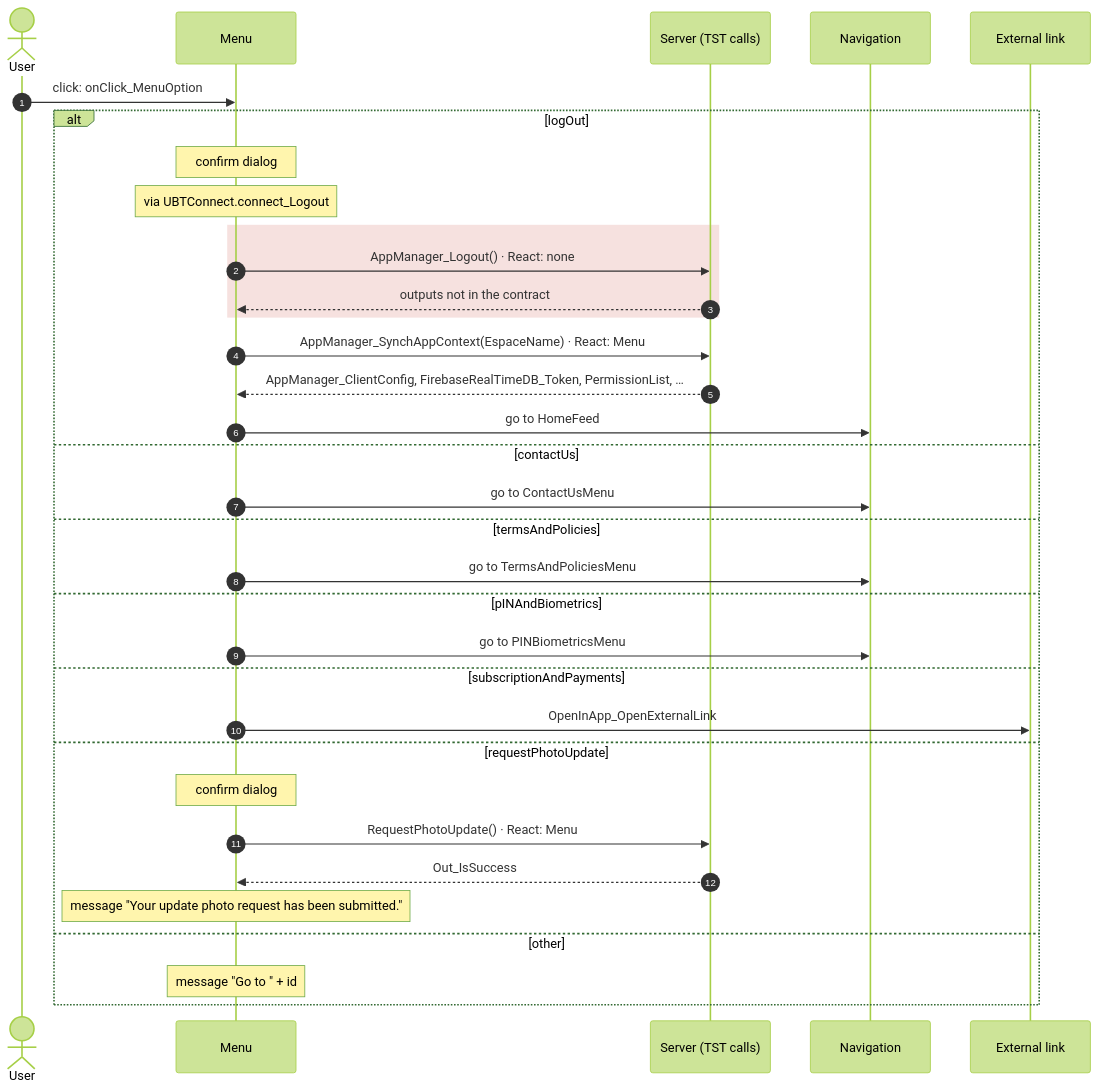
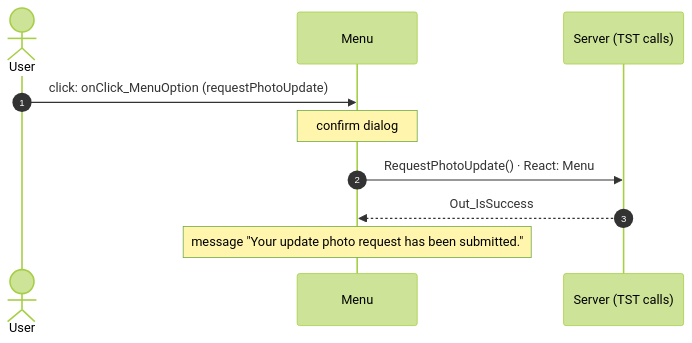
The eighth of 9 diagrams in migration/route-actions/Menu.md (Phoenix-DX/connect-new-ui), drawn with Mermaid (forest theme) before and after one commit. The commit also changed other lines of this file and 51 other files, not shown here.

Commit message:
route actions: route files keep only the route; APP_SHELL.md merges the app shell (layout, app start, bottom bar, PIN lock, shared dialogs) from the checked routes; one user action diagram per branch

````diff
--- a/migration/route-actions/Menu.md
+++ b/migration/route-actions/Menu.md
@@ -250,36 +247,12 @@
 ```mermaid
 sequenceDiagram
   autonumber
   actor U as User
   participant B as Menu
   participant S as Server (TST calls)
-  participant N as Navigation
-  participant X as External link
-  U->>B: click: onClick_MenuOption
-  alt logOut
-  Note over B: confirm dialog
-  Note over B: via UBTConnect.connect_Logout
-  rect rgba(192, 57, 43, 0.15)
-  B->>S: AppManager_Logout() · React: none
-  S-->>B: outputs not in the contract
-  end
-  B->>S: AppManager_SynchAppContext(EspaceName) · React: Menu
-  S-->>B: AppManager_ClientConfig, FirebaseRealTimeDB_Token, PermissionList, …
-  B->>N: go to HomeFeed
-  else contactUs
-  B->>N: go to ContactUsMenu
-  else termsAndPolicies
-  B->>N: go to TermsAndPoliciesMenu
-  else pINAndBiometrics
-  B->>N: go to PINBiometricsMenu
-  else subscriptionAndPayments
-  B->>X: OpenInApp_OpenExternalLink
-  else requestPhotoUpdate
+  U->>B: click: onClick_MenuOption (requestPhotoUpdate)
   Note over B: confirm dialog
   B->>S: RequestPhotoUpdate() · React: Menu
   S-->>B: Out_IsSuccess
   Note over B: message "Your update photo request has been submitted."
-  else other
-  Note over B: message "Go to " + id
-  end
 ```
````
